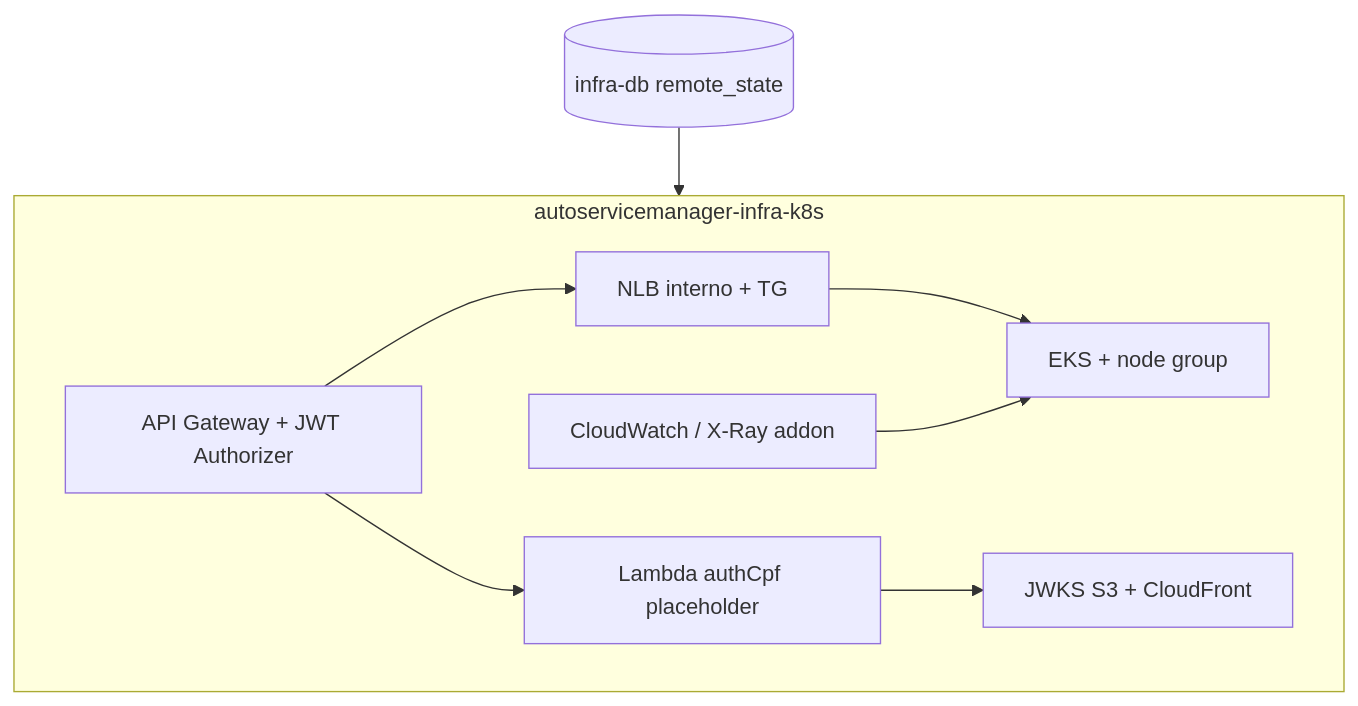
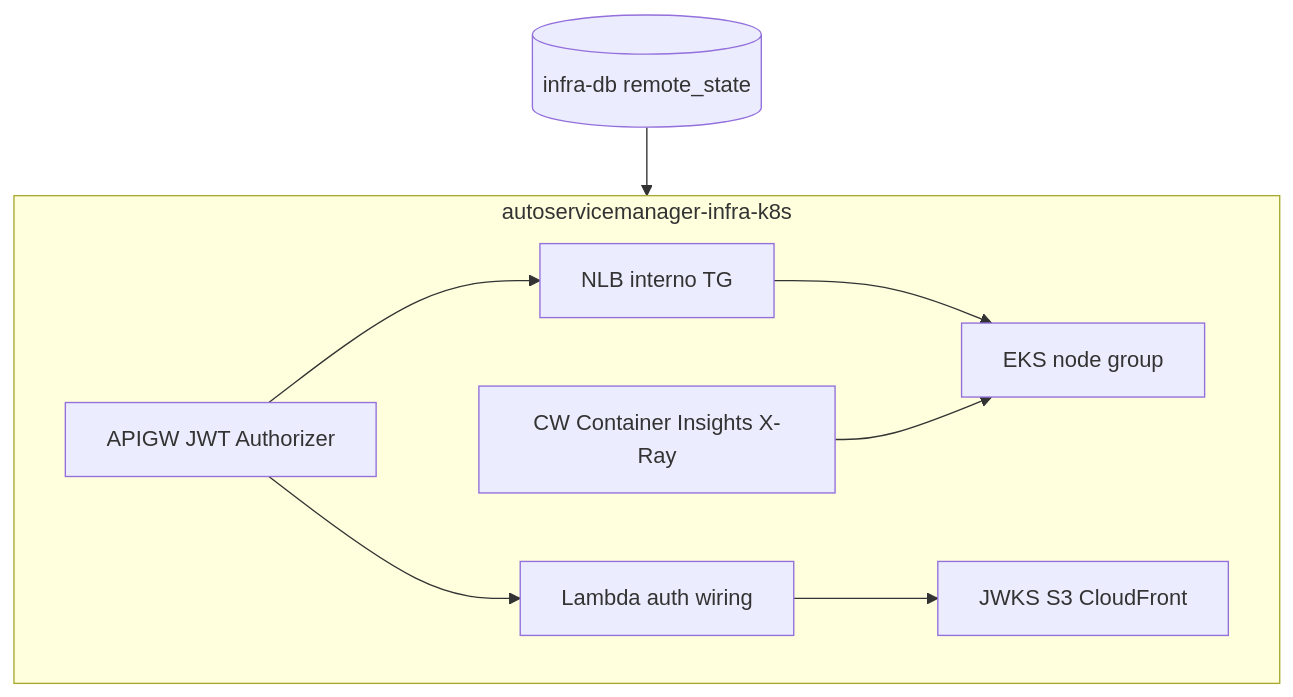
One commit to dinhogt/autoservicemanager-infra-k8s changed the diagram in README.md. Above: the diagram before and after it, drawn with Mermaid. The commit also changed other lines of this file, not shown here.

Commit message:
docs: align README purpose/tech with delivery-index

````diff
--- a/README.md
+++ b/README.md
@@ -11,17 +15,17 @@
 ```mermaid
 flowchart TB
   subgraph k8sRepo [autoservicemanager-infra-k8s]
-    EKS[EKS + node group]
-    NLB[NLB interno + TG]
-    APIGW[API Gateway + JWT Authorizer]
-    Lambda[Lambda authCpf placeholder]
-    JWKS[JWKS S3 + CloudFront]
-    Obs[CloudWatch / X-Ray addon]
+    EKS[EKS node group]
+    NLB[NLB interno TG]
+    APIGW[APIGW JWT Authorizer]
+    Lambda[Lambda auth wiring]
+    JWKS[JWKS S3 CloudFront]
+    Obs[CW Container Insights X-Ray]
   end
   DB[(infra-db remote_state)] --> k8sRepo
   APIGW --> Lambda
   APIGW --> NLB
   NLB --> EKS
   Lambda --> JWKS
   Obs --> EKS
 ```
````
